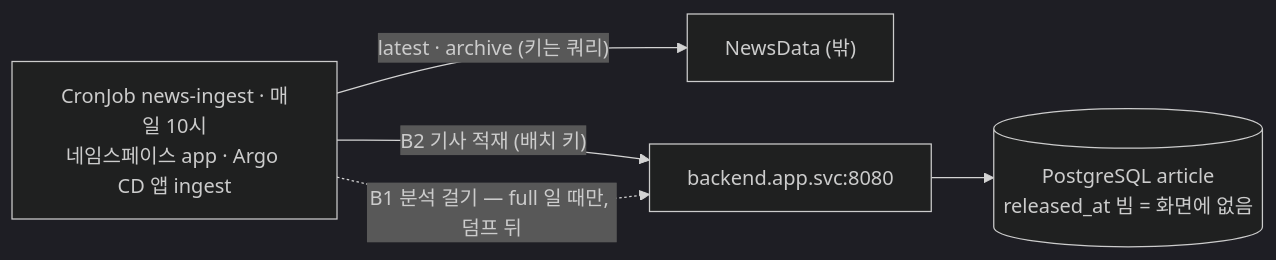
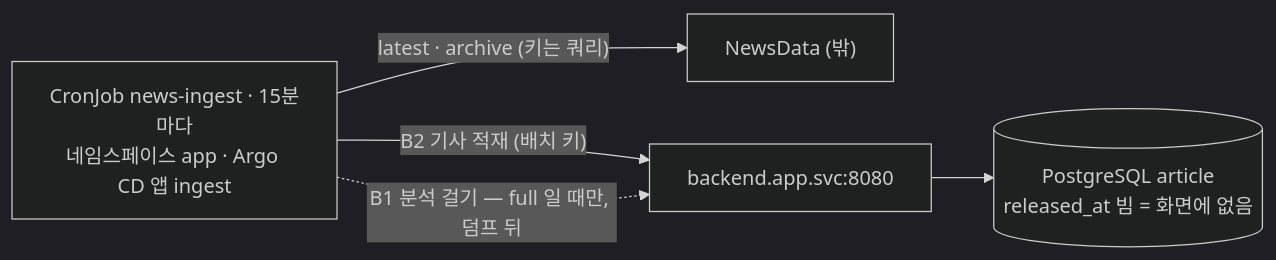
The diagram in infra/server/ingest.md (a102-NEWLEARN/NEW-LEARN), drawn with Mermaid (dark theme) before and after one commit. The commit also changed other lines of this file and 11 other files, not shown here.

````diff
--- a/infra/server/ingest.md
+++ b/infra/server/ingest.md
@@ -7,7 +7,7 @@
 ```mermaid
 flowchart LR
-    C["CronJob news-ingest · 매일 10시<br/>네임스페이스 app · Argo CD 앱 ingest"] -->|"latest · archive (키는 쿼리)"| N["NewsData (밖)"]
+    C["CronJob news-ingest · 15분마다<br/>네임스페이스 app · Argo CD 앱 ingest"] -->|"latest · archive (키는 쿼리)"| N["NewsData (밖)"]
     C -->|"B2 기사 적재 (배치 키)"| B["backend.app.svc:8080"]
     C -.->|"B1 분석 걸기 — full 일 때만, 덤프 뒤"| B
     B --> D[("PostgreSQL article<br/>released_at 빔 = 화면에 없음")]
 ```
````
